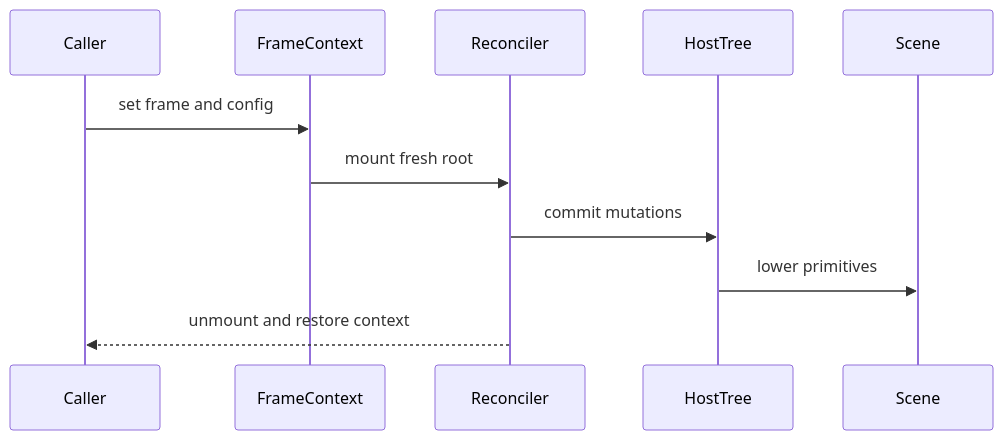
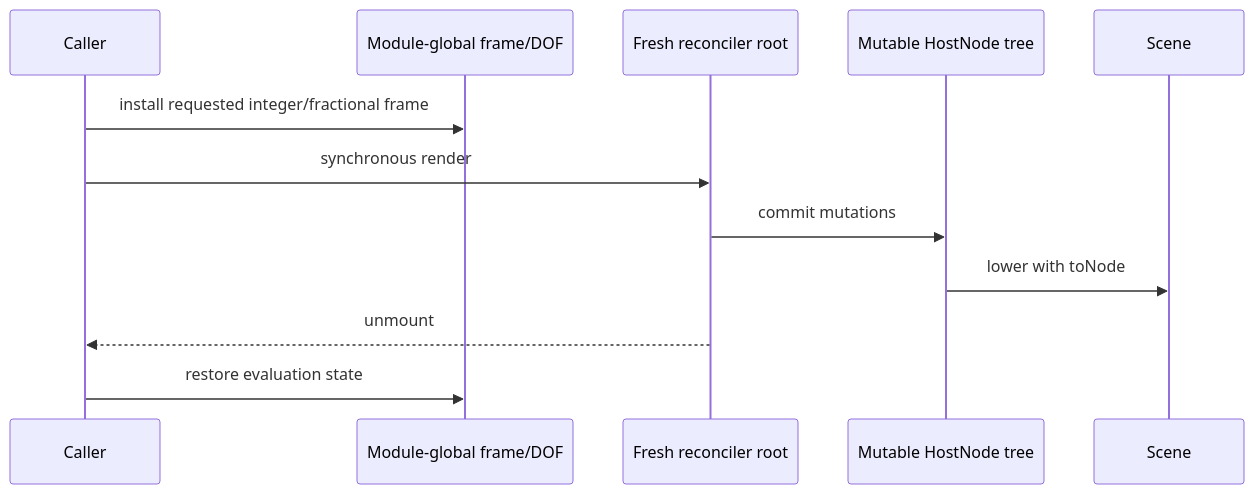
One commit to Kkb113/CineKernel changed the diagram in docs/research/onda/r0.02/REACT_RECONCILER_FLOW.md. Above: the diagram before and after it, drawn with Mermaid. The commit also changed other lines of this file and 66 other files, not shown here.

````diff
--- a/docs/research/onda/r0.02/REACT_RECONCILER_FLOW.md
+++ b/docs/research/onda/r0.02/REACT_RECONCILER_FLOW.md
@@ -5,13 +3,14 @@
 ```mermaid
 sequenceDiagram
   participant Caller
-  participant FrameContext
-  participant Reconciler
-  participant HostTree
+  participant Global as Module-global frame/DOF
+  participant Root as Fresh reconciler root
+  participant Host as Mutable HostNode tree
   participant Scene
-  Caller->>FrameContext: set frame and config
-  FrameContext->>Reconciler: mount fresh root
-  Reconciler->>HostTree: commit mutations
-  HostTree->>Scene: lower primitives
-  Reconciler-->>Caller: unmount and restore context
+  Caller->>Global: install requested integer/fractional frame
+  Caller->>Root: synchronous render
+  Root->>Host: commit mutations
+  Host->>Scene: lower with toNode
+  Root-->>Caller: unmount
+  Caller->>Global: restore evaluation state
 ```
````
